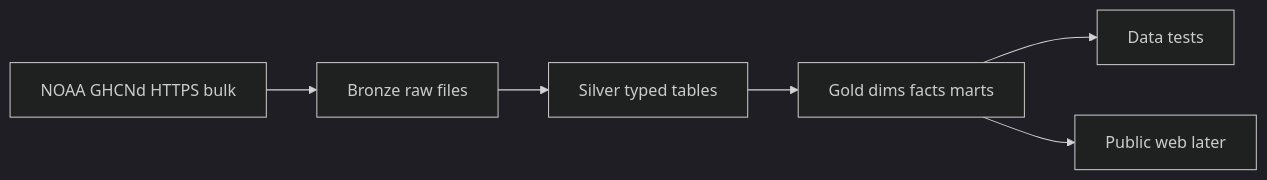
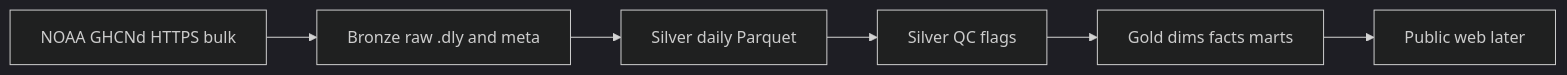
The diagram in docs/ARCHITECTURE.md (seandunleavy/ClimateRecordPlatform), drawn with Mermaid (dark theme) before and after one commit. The commit also changed other lines of this file and 14 other files, not shown here.

First line of the commit message:
Document gold v1 pipeline and ship silver/QC/gold transform code.

````diff
--- a/docs/ARCHITECTURE.md
+++ b/docs/ARCHITECTURE.md
@@ -9,15 +9,15 @@
 ```mermaid
 flowchart LR
   NOAA[NOAA GHCNd HTTPS bulk]
-  Bronze[Bronze raw files]
-  Silver[Silver typed tables]
+  Bronze[Bronze raw .dly and meta]
+  Silver[Silver daily Parquet]
+  QC[Silver QC flags]
   Gold[Gold dims facts marts]
-  Tests[Data tests]
   Web[Public web later]
 
   NOAA --> Bronze
   Bronze --> Silver
-  Silver --> Gold
-  Gold --> Tests
+  Silver --> QC
+  QC --> Gold
   Gold --> Web
 ```
````
